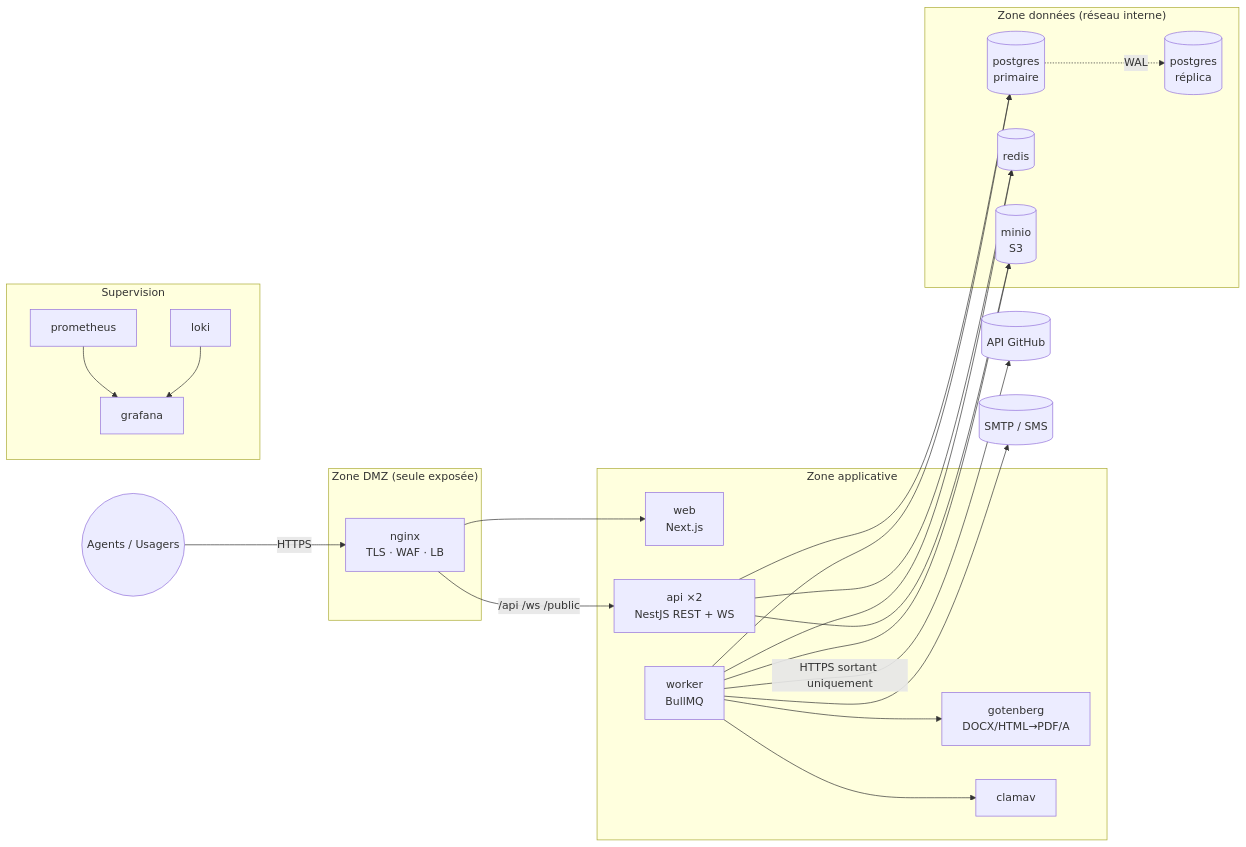
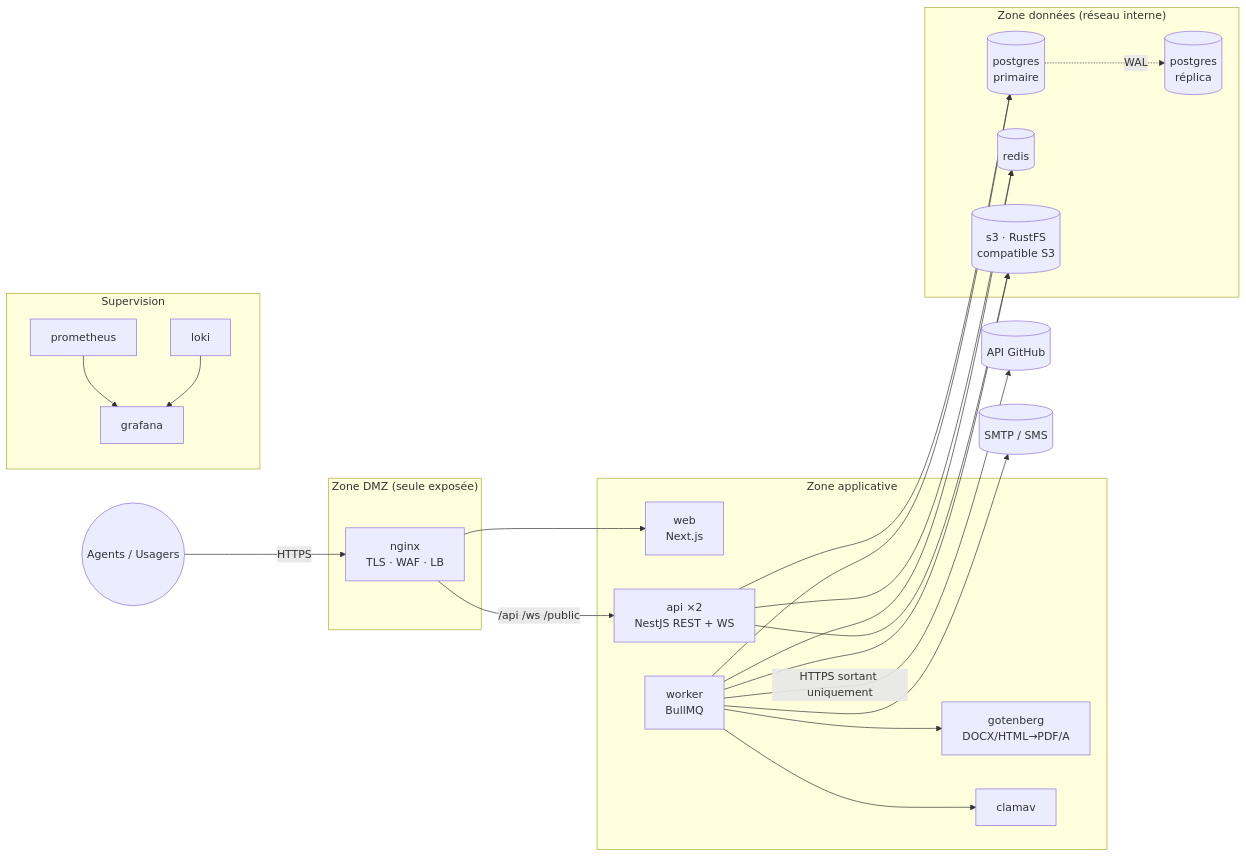
One commit to fumant2000/eact changed the first of 2 diagrams in docs/architecture.md. Above: the diagram before and after it, drawn with Mermaid. The commit also changed other lines of this file and 12 other files, not shown here.

````diff
--- a/docs/architecture.md
+++ b/docs/architecture.md
@@ -29,32 +29,32 @@
 ```mermaid
 flowchart LR
   subgraph DMZ["Zone DMZ (seule exposée)"]
     NGINX[nginx<br/>TLS · WAF · LB]
   end
   subgraph APP["Zone applicative"]
     WEB[web<br/>Next.js]
     API[api ×2<br/>NestJS REST + WS]
     WORKER[worker<br/>BullMQ]
     GOT[gotenberg<br/>DOCX/HTML→PDF/A]
     CLAM[clamav]
   end
   subgraph DATA["Zone données (réseau interne)"]
     PG[(postgres<br/>primaire)]
     PGR[(postgres<br/>réplica)]
     REDIS[(redis)]
-    S3[(minio<br/>S3)]
+    S3[(s3 · RustFS<br/>compatible S3)]
   end
   subgraph OBS["Supervision"]
     PROM[prometheus] --> GRAF[grafana]
     LOKI[loki] --> GRAF
   end
   User((Agents / Usagers)) -->|HTTPS| NGINX
   NGINX --> WEB
   NGINX -->|/api /ws /public| API
   API --> PG & REDIS & S3
   WORKER --> PG & REDIS & S3
   WORKER --> GOT & CLAM
   PG -. WAL .-> PGR
   WORKER -->|HTTPS sortant uniquement| GH[(API GitHub)]
   WORKER --> SMTP[(SMTP / SMS)]
 ```
````
